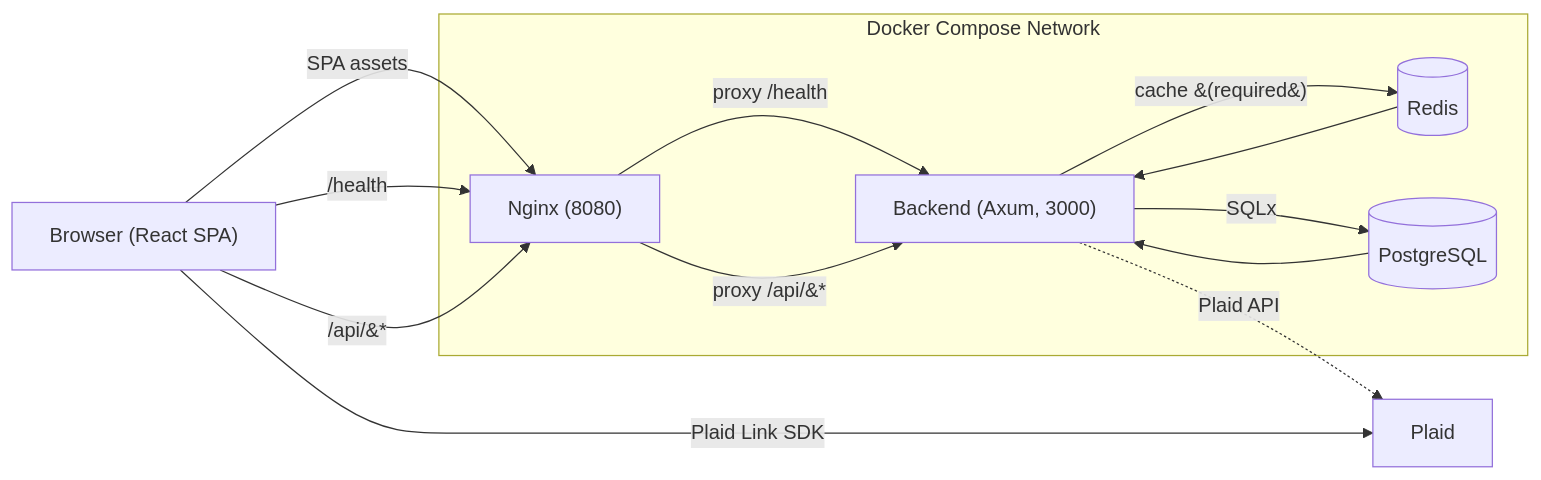
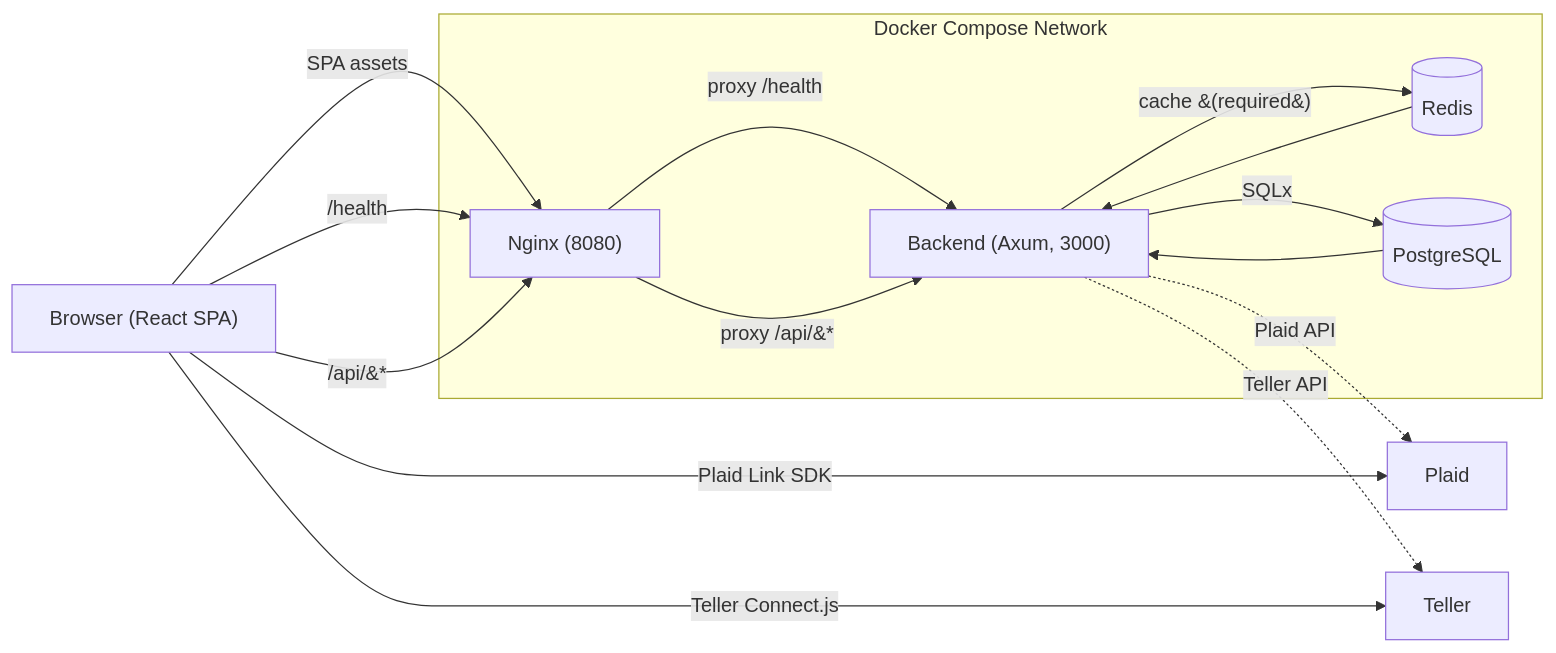
The diagram in docs/ARCHITECTURE.md (TwoBitFoundry/sumurai), drawn with Mermaid before and after one commit. The commit also changed other lines of this file and 99 other files, not shown here.

````diff
--- a/docs/ARCHITECTURE.md
+++ b/docs/ARCHITECTURE.md
@@ -13,25 +14,27 @@
 ```mermaid
 flowchart LR
 
   A["Browser (React SPA)"] -->|SPA assets| B["Nginx (8080)"]
   A -->|/health| B
   A -->|/api/&#42;| B
 
   B -->|proxy /health| C["Backend (Axum, 3000)"]
   B -->|proxy /api/&#42;| C
 
   C -->|cache &#40;required&#41;| D[(Redis)]
   D --> C
   C -->|SQLx| E[(PostgreSQL)]
   E --> C
 
   C -.->|Plaid API| F["Plaid"]
+  C -.->|Teller API| G["Teller"]
   A -->|Plaid Link SDK| F
+  A -->|Teller Connect.js| G
 
   subgraph "Docker Compose Network"
     B
     C
     D
     E
   end
 ```
````
